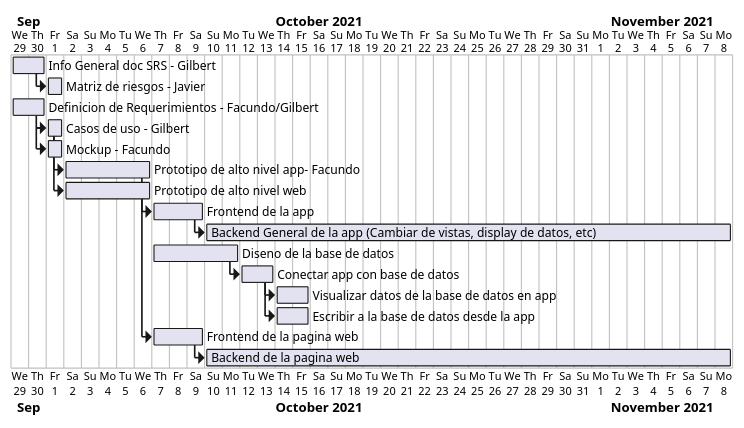
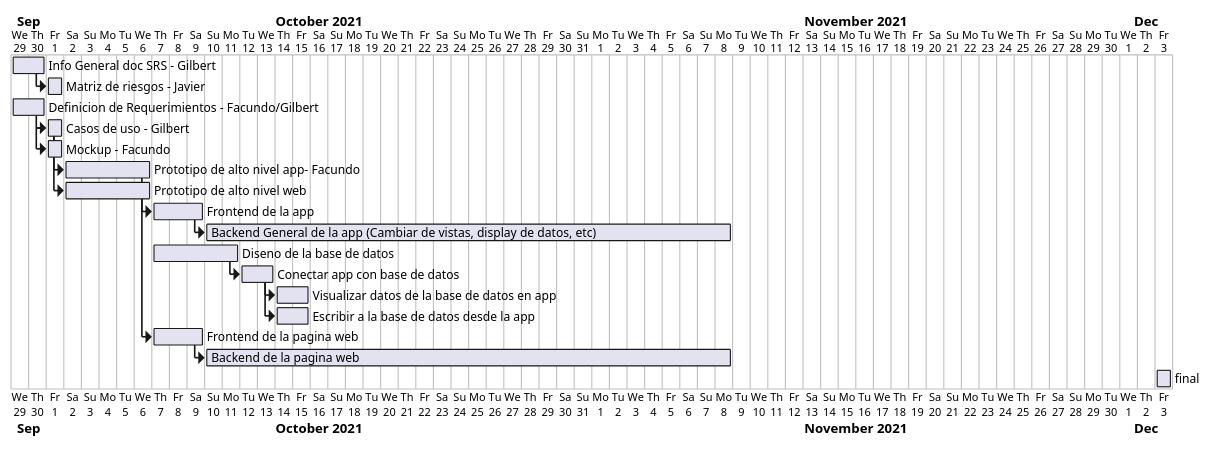
Before and after one commit to facund015/codeRelatedObsidianNotes: the diagram in Reto/Diagramas.md, drawn with PlantUML.

Commit message:
vault backup: 2021-10-05 09:53:52

````diff
--- a/Reto/Diagramas.md
+++ b/Reto/Diagramas.md
@@ -2,31 +2,33 @@
 ```plantuml
 
 @startgantt
 Project starts 2021-09-29
 
 [Info General doc SRS - Gilbert] as [SRS] lasts 2 days and starts 2021-09-29
 [Matriz de riesgos - Javier] as [MR] lasts 1 days and starts at [SRS]'s end
 
 [Definicion de Requerimientos - Facundo/Gilbert] as [DR] lasts 2 day and starts 2021-09-29
 [Casos de uso - Gilbert] as [CS] lasts 1 day and starts at [DR]'s end
 [Mockup - Facundo] as [MP] lasts 1 days and starts at [CS]'s start
 
 [Prototipo de alto nivel app- Facundo] as [PAN] lasts 5 days and starts at [CS]'s end
 [Prototipo de alto nivel web] as [PAW] lasts 5 days and starts at [CS]'s end
 
 [Frontend de la app] as [FEA] lasts 3 days and starts at [PAN]'s end
 [Backend General de la app (Cambiar de vistas, display de datos, etc)] as [BGA] lasts 30 days and starts at [FEA]'s end
 
 [Diseno de la base de datos] as [DBD] lasts 5 days and starts 2021-10-7
 [Conectar app con base de datos] as [CBD] lasts 2 days and starts at [DBD]'s end
 [Visualizar datos de la base de datos en app] as [VBD] lasts 2 days and starts at [CBD]'s end
 [Escribir a la base de datos desde la app] as [EBD] lasts 2 days and starts at [CBD]'s end
 
 [Frontend de la pagina web] as [FPW] lasts 3 days and starts at [PAW]'s end
 [Backend de la pagina web] as [BPW] lasts 30 days and starts at [FPW]'s end
 
+[final] starts 2021-12-3
+
 @endgantt
 
 
 
 ```
````
